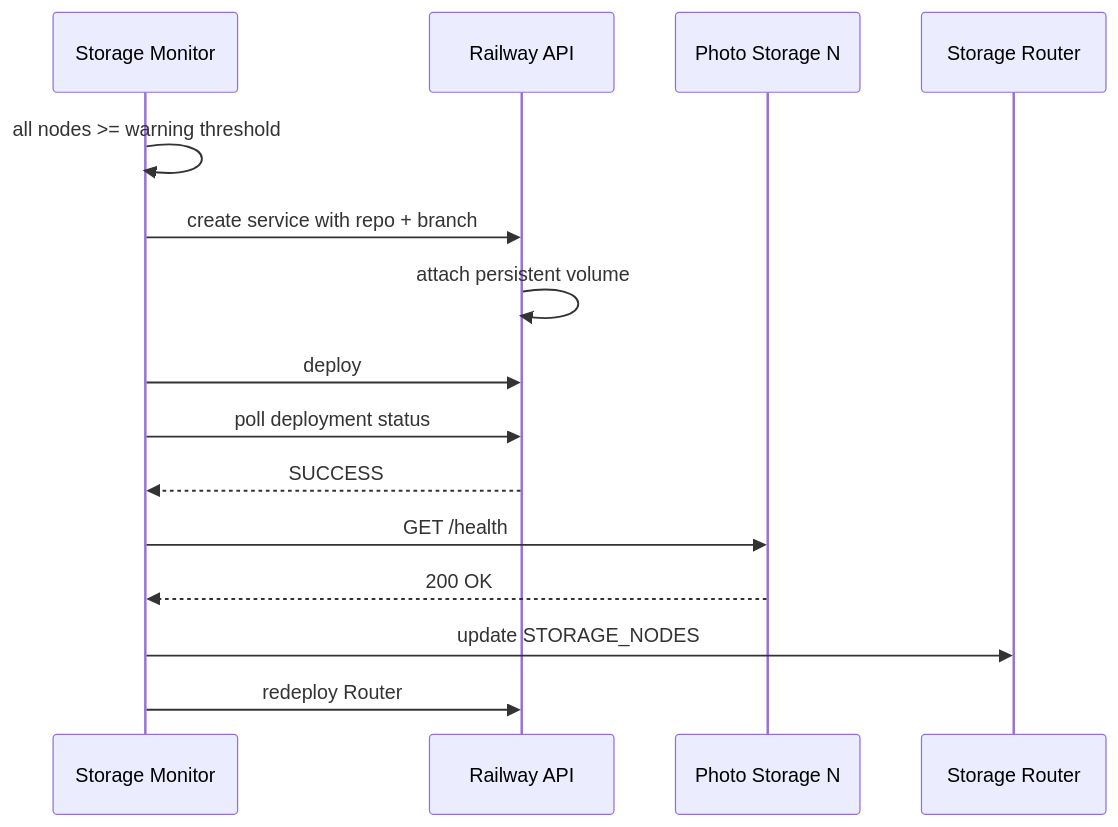
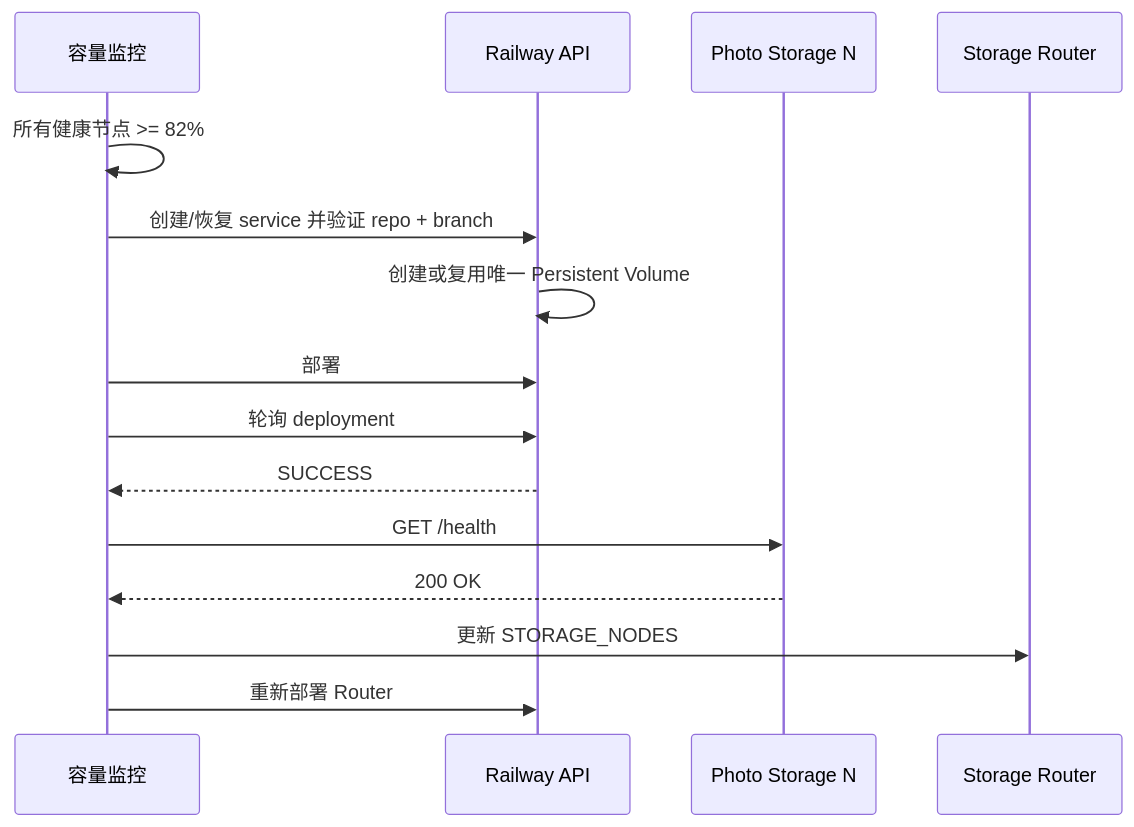
The second of 6 diagrams in RAILWAY_REMOTE_STORAGE.md (bowardzhang/immich), drawn with Mermaid before and after one commit. The commit also changed other lines of this file, not shown here.

Commit message:
docs: translate Railway storage guide to Chinese

````diff
--- a/RAILWAY_REMOTE_STORAGE.md
+++ b/RAILWAY_REMOTE_STORAGE.md
@@ -57,18 +48,17 @@
 ```mermaid
 sequenceDiagram
-    participant Monitor as Storage Monitor
+    participant Monitor as 容量监控
     participant Railway as Railway API
     participant Node as Photo Storage N
     participant Router as Storage Router
-
-    Monitor->>Monitor: all nodes >= warning threshold
-    Monitor->>Railway: create service with repo + branch
-    Railway->>Railway: attach persistent volume
-    Monitor->>Railway: deploy
-    Monitor->>Railway: poll deployment status
+    Monitor->>Monitor: 所有健康节点 >= 82%
+    Monitor->>Railway: 创建/恢复 service 并验证 repo + branch
+    Railway->>Railway: 创建或复用唯一 Persistent Volume
+    Monitor->>Railway: 部署
+    Monitor->>Railway: 轮询 deployment
     Railway-->>Monitor: SUCCESS
     Monitor->>Node: GET /health
     Node-->>Monitor: 200 OK
-    Monitor->>Router: update STORAGE_NODES
-    Monitor->>Railway: redeploy Router
+    Monitor->>Router: 更新 STORAGE_NODES
+    Monitor->>Railway: 重新部署 Router
 ```
````
